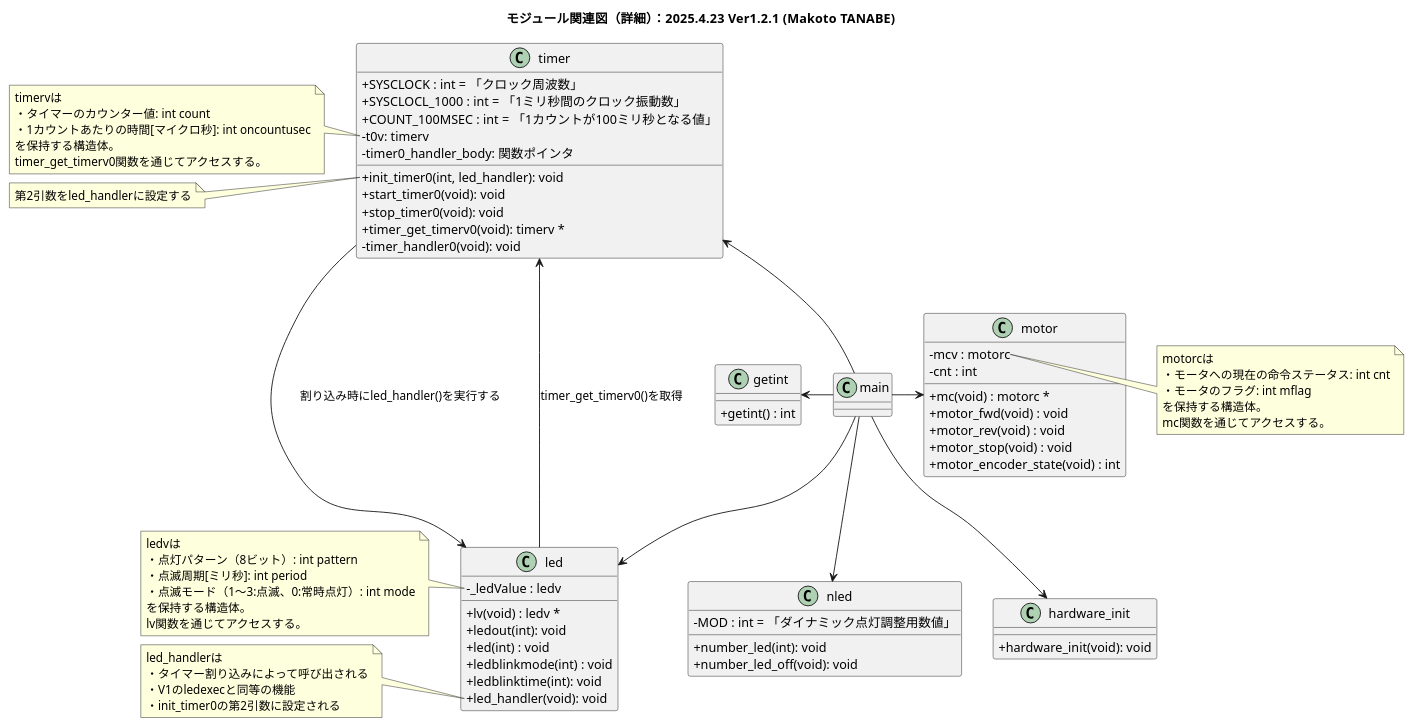
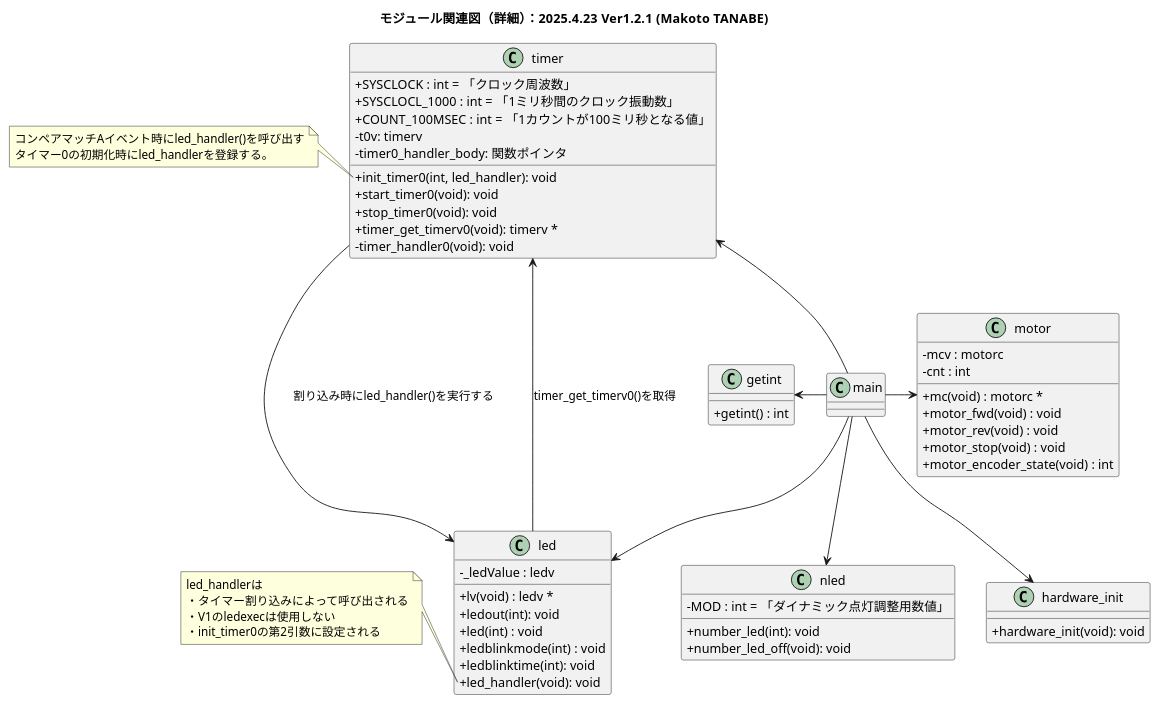
The diagram in AssociationChart/DetailModuleV2.pu (rebuildup/GRI-2nd), drawn with PlantUML before and after one commit. The commit also changed 15 other files, not shown here.

```diff
--- a/AssociationChart/DetailModuleV2.pu
+++ b/AssociationChart/DetailModuleV2.pu
@@ -1,106 +1,84 @@
 @startuml
 
 skinparam classAttributeIconSize 0
 title モジュール関連図（詳細）：2025.4.23 Ver1.2.1 (Makoto TANABE)
 
 
 'クラスと属性・操作の定義
 class main {
 }
+
 
 class hardware_init {
   + hardware_init(void): void
 }
 
 class getint {
   +getint() : int
 }
 
 'V1.2 名称変更ledbflag->ledblinkmode
 class led {
   -_ledValue : ledv
   +lv(void) : ledv *
   +ledout(int): void
   +led(int) : void
   +ledblinkmode(int) : void
   +ledblinktime(int): void
   +led_handler(void): void
 }
 
-note left of led::_ledValue
-ledvは
-・点灯パターン（8ビット）: int pattern
-・点滅周期[ミリ秒]: int period
-・点滅モード（1～3:点滅、0:常時点灯）: int mode
-を保持する構造体。
-lv関数を通じてアクセスする。
-end note
-
 note left of led::led_handler
 led_handlerは
 ・タイマー割り込みによって呼び出される
-・V1のledexecと同等の機能
+・V1のledexecは使用しない
 ・init_timer0の第2引数に設定される
 end note
 
 class nled {
   -MOD : int = 「ダイナミック点灯調整用数値」
   +number_led(int): void
   +number_led_off(void): void
 }
 
 class motor {
  -mcv : motorc
  -cnt : int
  +mc(void) : motorc *
  +motor_fwd(void) : void
  +motor_rev(void) : void
  +motor_stop(void) : void
  +motor_encoder_state(void) : int
 }
 
-note right of motor::mcv
-motorcは
-・モータへの現在の命令ステータス: int cnt
-・モータのフラグ: int mflag
-を保持する構造体。
-mc関数を通じてアクセスする。
-end note
-
 
 class timer {
   + SYSCLOCK : int = 「クロック周波数」
   + SYSCLOCL_1000 : int = 「1ミリ秒間のクロック振動数」
   + COUNT_100MSEC : int = 「1カウントが100ミリ秒となる値」 
   - t0v: timerv
   - timer0_handler_body: 関数ポインタ 
 
   + init_timer0(int, led_handler): void
   + start_timer0(void): void
   + stop_timer0(void): void
   + timer_get_timerv0(void): timerv *
   - timer_handler0(void): void
 }
 
-note left of timer::t0v
-timervは
-・タイマーのカウンター値: int count
-・1カウントあたりの時間[マイクロ秒]: int oncountusec
-を保持する構造体。
-timer_get_timerv0関数を通じてアクセスする。
-end note
 
 note left of timer::init_timer0
-第2引数をled_handlerに設定する
+コンペアマッチAイベント時にled_handler()を呼び出す
+タイマー0の初期化時にled_handlerを登録する。
 end note
 
 '関連
 main -u-> timer
 main --> hardware_init
 main -l-> getint
 main --> led
 main -d-> nled
 main -r-> motor
 timer --> led :割り込み時にled_handler()を実行する
 timer <-- led :timer_get_timerv0()を取得
 @enduml
```
